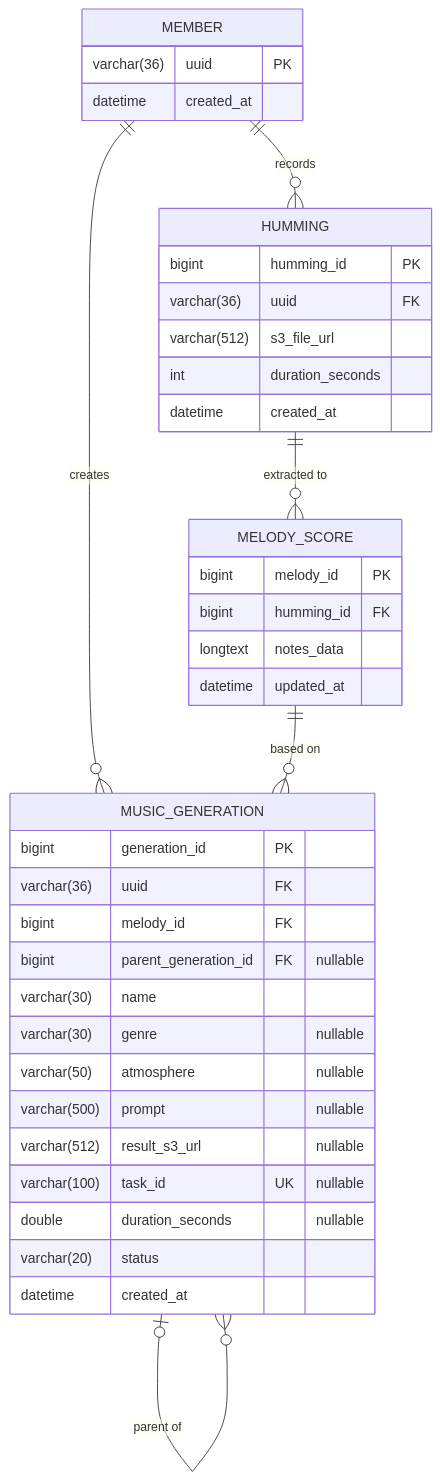
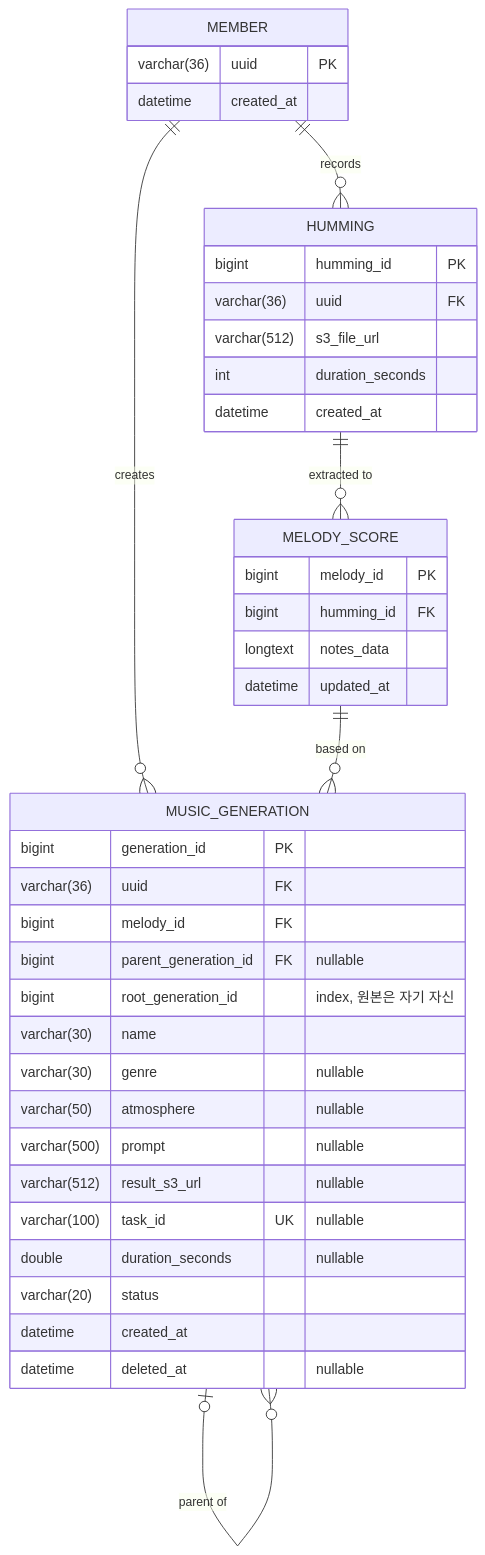
The diagram in infra/db/ERD.md (Humix-Project/humix-backend), drawn with Mermaid before and after one commit. The commit also changed other lines of this file and 11 other files, not shown here.

````diff
--- a/infra/db/ERD.md
+++ b/infra/db/ERD.md
@@ -6,44 +6,46 @@
 ```mermaid
 erDiagram
     MEMBER ||--o{ HUMMING : "records"
     MEMBER ||--o{ MUSIC_GENERATION : "creates"
     HUMMING ||--o{ MELODY_SCORE : "extracted to"
     MELODY_SCORE ||--o{ MUSIC_GENERATION : "based on"
     MUSIC_GENERATION |o--o{ MUSIC_GENERATION : "parent of"
 
     MEMBER {
         varchar(36) uuid PK
         datetime created_at
     }
 
     HUMMING {
         bigint humming_id PK
         varchar(36) uuid FK
         varchar(512) s3_file_url
         int duration_seconds
         datetime created_at
     }
 
     MELODY_SCORE {
         bigint melody_id PK
         bigint humming_id FK
         longtext notes_data
         datetime updated_at
     }
 
     MUSIC_GENERATION {
         bigint generation_id PK
         varchar(36) uuid FK
         bigint melody_id FK
         bigint parent_generation_id FK "nullable"
+        bigint root_generation_id "index, 원본은 자기 자신"
         varchar(30) name
         varchar(30) genre "nullable"
         varchar(50) atmosphere "nullable"
         varchar(500) prompt "nullable"
         varchar(512) result_s3_url "nullable"
         varchar(100) task_id UK "nullable"
         double duration_seconds "nullable"
         varchar(20) status
         datetime created_at
+        datetime deleted_at "nullable"
     }
 ```
````
